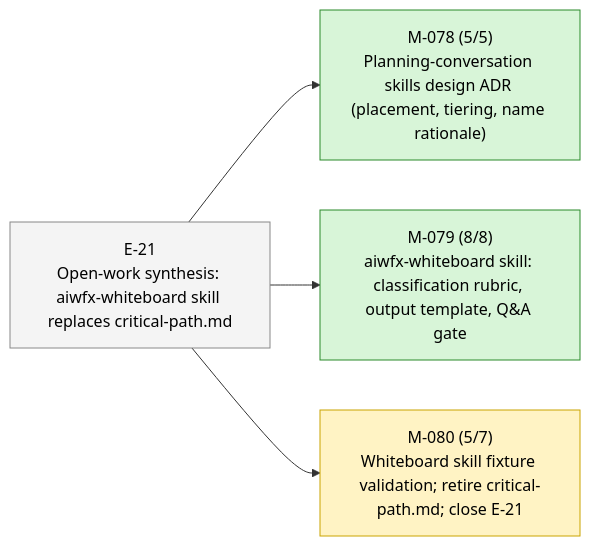
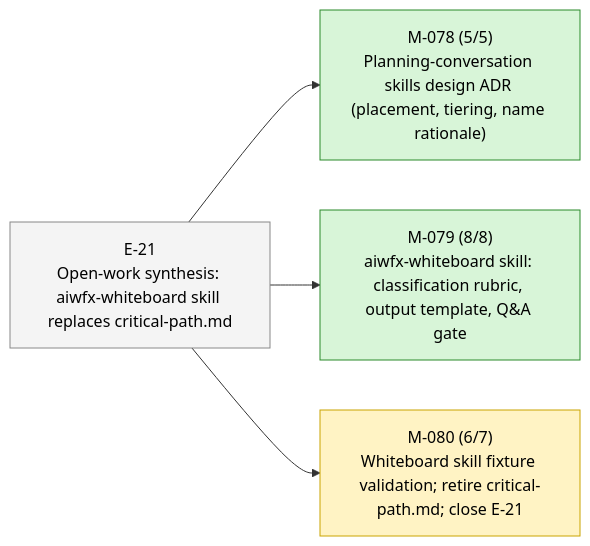
Before and after one commit to 23min/aiwf: the second of 2 diagrams in STATUS.md, drawn with Mermaid. The commit also changed other lines of this file and 1 other file, not shown here.

````diff
--- a/STATUS.md
+++ b/STATUS.md
@@ -47,16 +47,16 @@
 ```mermaid
 flowchart LR
   E_21["E-21<br/>Open-work synthesis: aiwfx-whiteboard skill replaces critical-path.md"]:::epic_proposed
   M_078["M-078 (5/5)<br/>Planning-conversation skills design ADR (placement, tiering, name rationale)"]:::ms_done
   E_21 --> M_078
   M_079["M-079 (8/8)<br/>aiwfx-whiteboard skill: classification rubric, output template, Q&A gate"]:::ms_done
   E_21 --> M_079
-  M_080["M-080 (5/7)<br/>Whiteboard skill fixture validation; retire critical-path.md; close E-21"]:::ms_in_progress
+  M_080["M-080 (6/7)<br/>Whiteboard skill fixture validation; retire critical-path.md; close E-21"]:::ms_in_progress
   E_21 --> M_080
   classDef epic_active fill:#d6eaff,stroke:#1a73e8,color:#000
   classDef epic_proposed fill:#f4f4f4,stroke:#888,color:#000
   classDef ms_done fill:#d8f5d8,stroke:#2a8a2a,color:#000
   classDef ms_in_progress fill:#fff3c4,stroke:#caa400,color:#000
   classDef ms_draft fill:#f4f4f4,stroke:#888,color:#000
   classDef ms_cancelled fill:#fbeaea,stroke:#c33,color:#000
 ```
````
